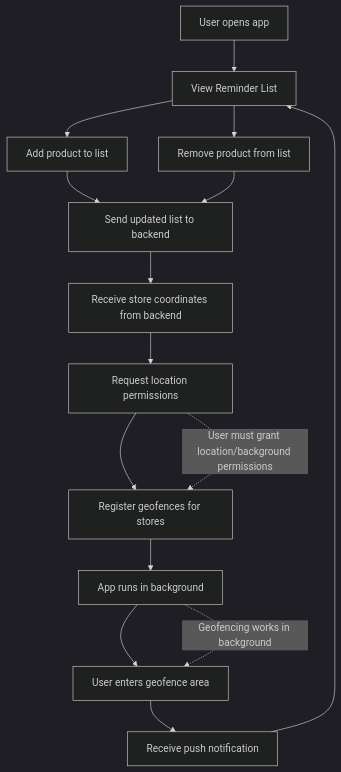
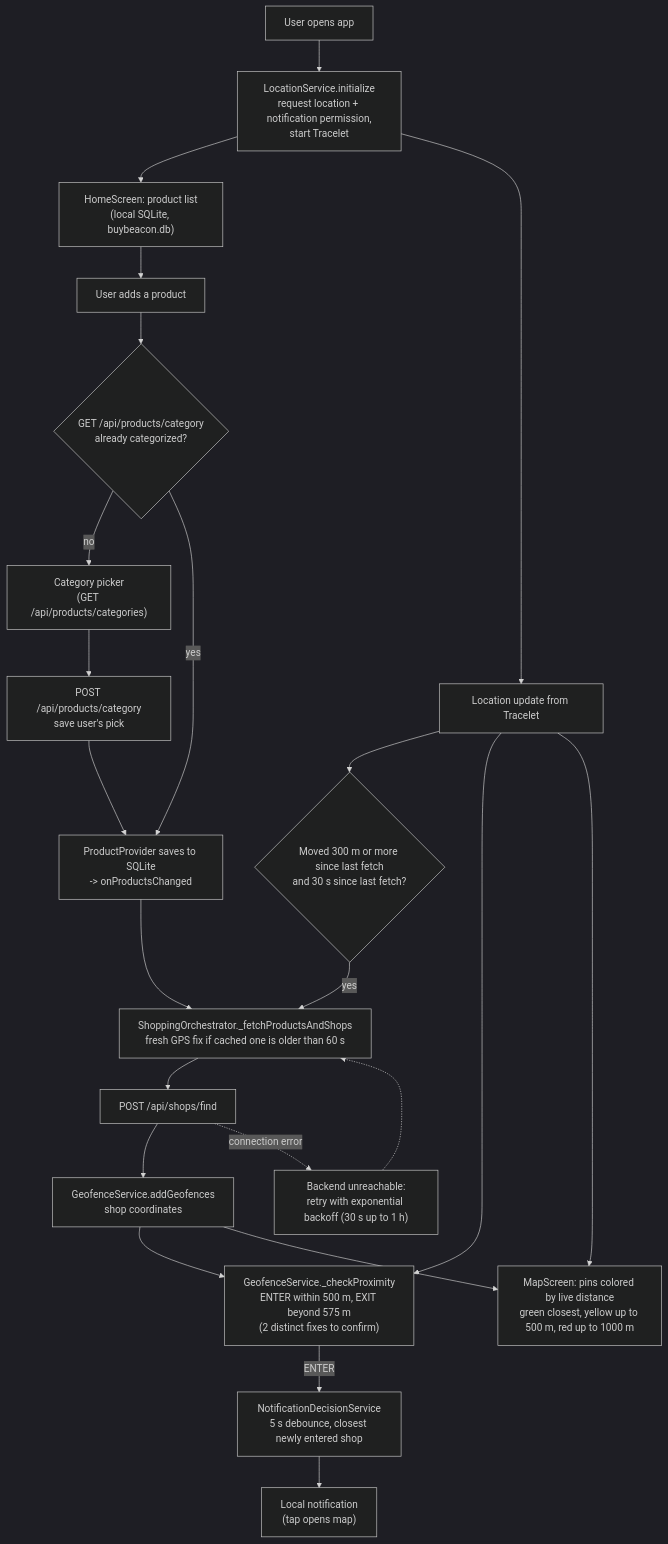
The diagram in Diagrams/frontend_flowchart.mmd (razvanexu/BuyBeacon), drawn with Mermaid (dark theme) before and after one commit. The commit also changed 11 other files, not shown here.

First line of the commit message:
docs: redraw diagrams for current architecture

```diff
--- a/Diagrams/frontend_flowchart.mmd
+++ b/Diagrams/frontend_flowchart.mmd
@@ -1,29 +1,34 @@
 flowchart TD
     A["User opens app"]
-    B["View Reminder List"]
-    C["Add product to list"]
-    D["Remove product from list"]
-    E["Send updated list to backend"]
-    F["Receive store coordinates from backend"]
-    G["Request location permissions"]
-    H["Register geofences for stores"]
-    I["App runs in background"]
-    J["User enters geofence area"]
-    K["Receive push notification"]
+    B["LocationService.initialize<br/>request location + notification permission,<br/>start Tracelet"]
+    C["HomeScreen: product list<br/>(local SQLite, buybeacon.db)"]
+    D["User adds a product"]
+    E{"GET /api/products/category<br/>already categorized?"}
+    F["Category picker<br/>(GET /api/products/categories)"]
+    G["POST /api/products/category<br/>save user's pick"]
+    H["ProductProvider saves to SQLite<br/>-> onProductsChanged"]
+    I["ShoppingOrchestrator._fetchProductsAndShops<br/>fresh GPS fix if cached one is older than 60 s"]
+    J["POST /api/shops/find"]
+    K["GeofenceService.addGeofences<br/>shop coordinates"]
+    L["Location update from Tracelet"]
+    M{"Moved 300 m or more since last fetch<br/>and 30 s since last fetch?"}
+    N["GeofenceService._checkProximity<br/>ENTER within 500 m, EXIT beyond 575 m<br/>(2 distinct fixes to confirm)"]
+    O["NotificationDecisionService<br/>5 s debounce, closest newly entered shop"]
+    P["Local notification<br/>(tap opens map)"]
+    Q["MapScreen: pins colored by live distance<br/>green closest, yellow up to 500 m, red up to 1000 m"]
+    R["Backend unreachable:<br/>retry with exponential backoff (30 s up to 1 h)"]
 
-    A --> B
-    B --> C
-    B --> D
-    C --> E
-    D --> E
-    E --> F
-    F --> G
-    G --> H
-    H --> I
-    I --> J
-    J --> K
-    K --> B
-
-    %% Notes
-    G -.->|"User must grant location/background permissions"| H
-    I -.->|"Geofencing works in background"| J 
+    A --> B --> C
+    C --> D --> E
+    E -->|"no"| F --> G --> H
+    E -->|"yes"| H
+    H --> I --> J --> K
+    J -.->|"connection error"| R -.-> I
+    B --> L
+    L --> M
+    M -->|"yes"| I
+    L --> N
+    K --> N
+    N -->|"ENTER"| O --> P
+    L --> Q
+    K --> Q
```
